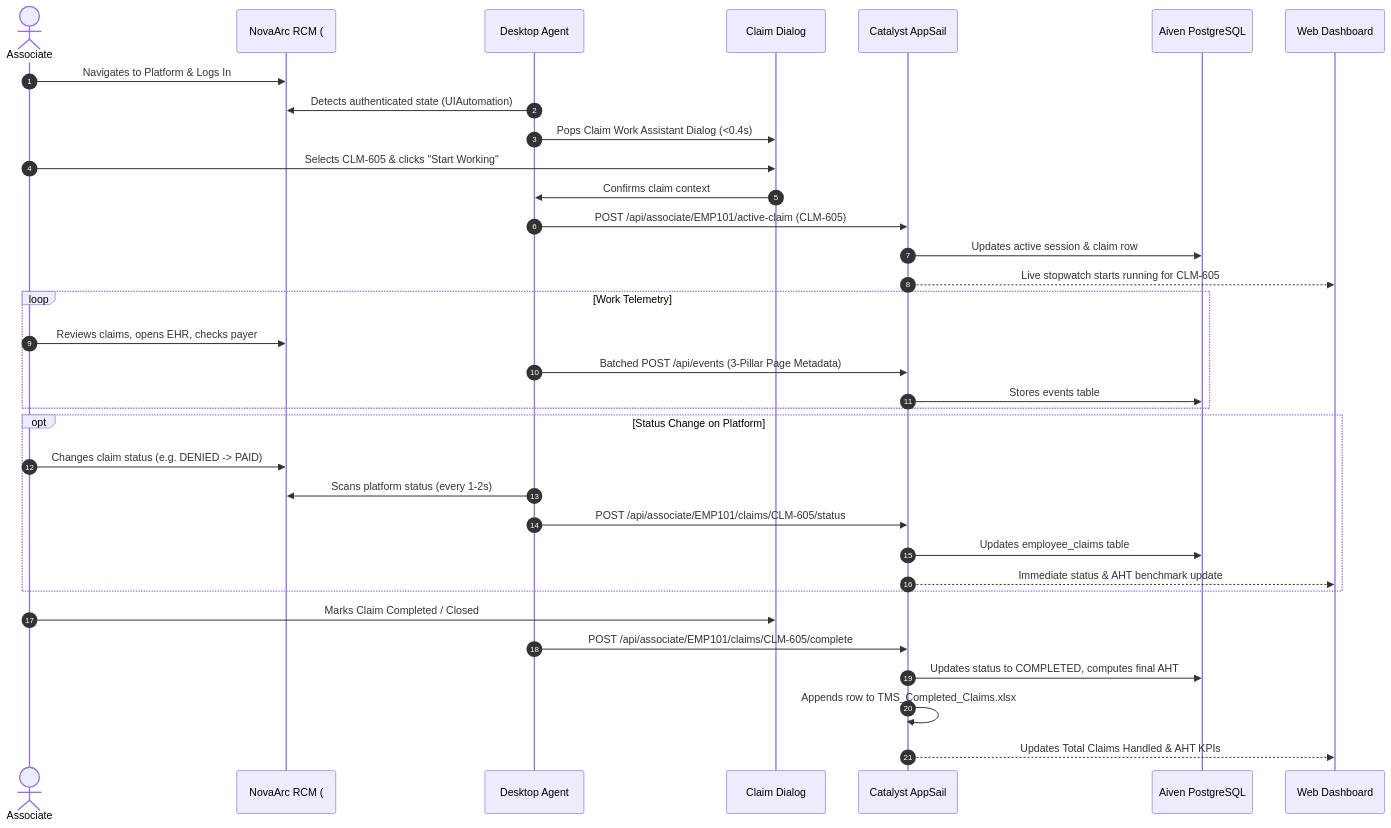
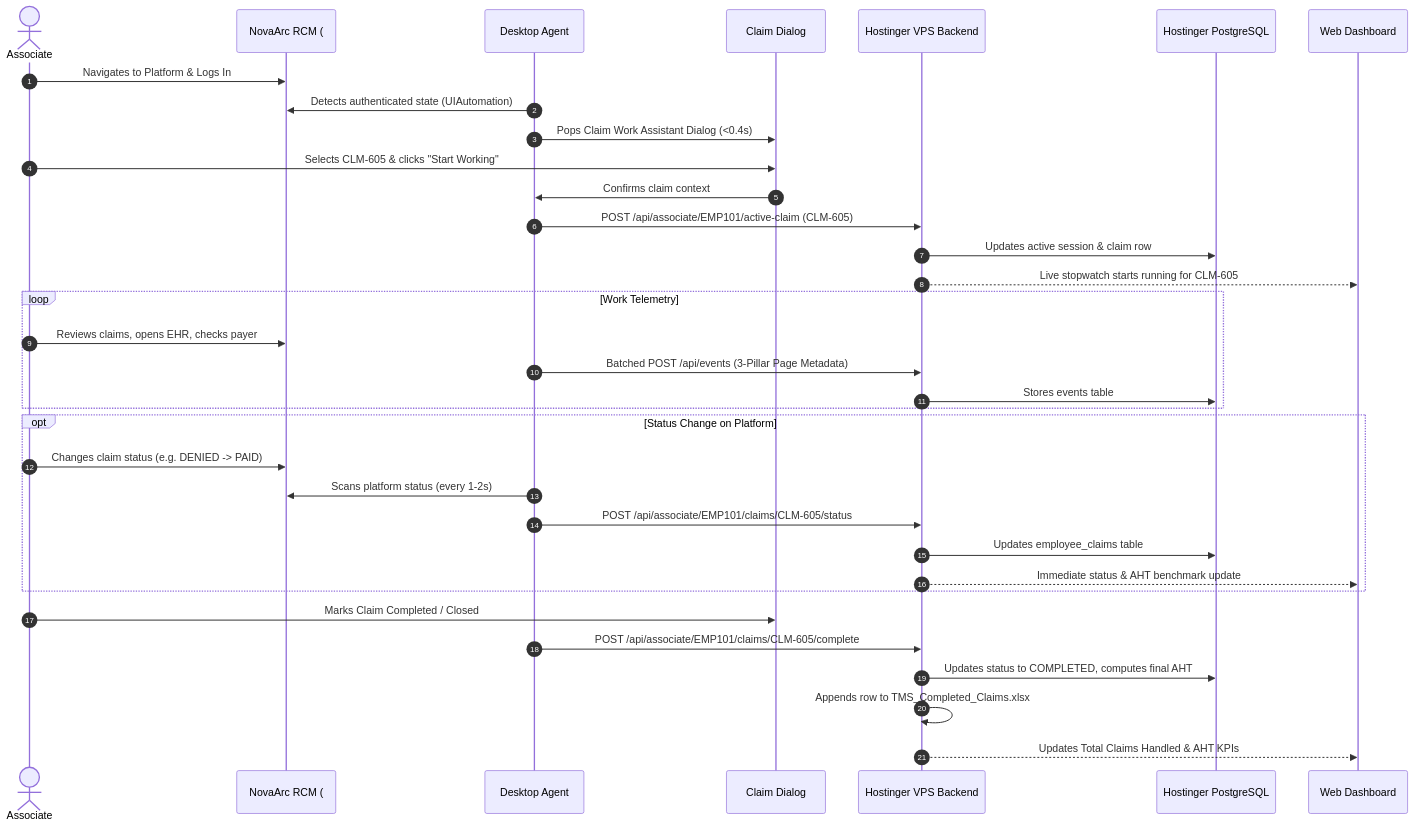
One commit to Gokul2004-ne/TMS changed the diagram in .planning/codebase/DATA_FLOW.md. Above: the diagram before and after it, drawn with Mermaid. The commit also changed 25 other files, not shown here.

Commit message:
feat(migration): complete migration to Hostinger VPS and purge all Zoho Catalyst and Aiven references

````diff
--- a/.planning/codebase/DATA_FLOW.md
+++ b/.planning/codebase/DATA_FLOW.md
@@ -3,40 +3,40 @@
 ```mermaid
 sequenceDiagram
     autonumber
     actor Associate
     participant Platform as NovaArc RCM (#/claims)
     participant Agent as Desktop Agent
     participant Modal as Claim Dialog
-    participant Backend as Catalyst AppSail
-    participant DB as Aiven PostgreSQL
+    participant Backend as Hostinger VPS Backend
+    participant DB as Hostinger PostgreSQL
     participant Dashboard as Web Dashboard
 
     Associate->>Platform: Navigates to Platform & Logs In
     Agent->>Platform: Detects authenticated state (UIAutomation)
     Agent->>Modal: Pops Claim Work Assistant Dialog (<0.4s)
     Associate->>Modal: Selects CLM-605 & clicks "Start Working"
     Modal->>Agent: Confirms claim context
     Agent->>Backend: POST /api/associate/EMP101/active-claim (CLM-605)
     Backend->>DB: Updates active session & claim row
     Backend-->>Dashboard: Live stopwatch starts running for CLM-605
     
     loop Work Telemetry
         Associate->>Platform: Reviews claims, opens EHR, checks payer
         Agent->>Backend: Batched POST /api/events (3-Pillar Page Metadata)
         Backend->>DB: Stores events table
     end
 
     opt Status Change on Platform
         Associate->>Platform: Changes claim status (e.g. DENIED -> PAID)
         Agent->>Platform: Scans platform status (every 1-2s)
         Agent->>Backend: POST /api/associate/EMP101/claims/CLM-605/status
         Backend->>DB: Updates employee_claims table
         Backend-->>Dashboard: Immediate status & AHT benchmark update
     end
 
     Associate->>Modal: Marks Claim Completed / Closed
     Agent->>Backend: POST /api/associate/EMP101/claims/CLM-605/complete
     Backend->>DB: Updates status to COMPLETED, computes final AHT
     Backend->>Backend: Appends row to TMS_Completed_Claims.xlsx
     Backend-->>Dashboard: Updates Total Claims Handled & AHT KPIs
 ```
````
